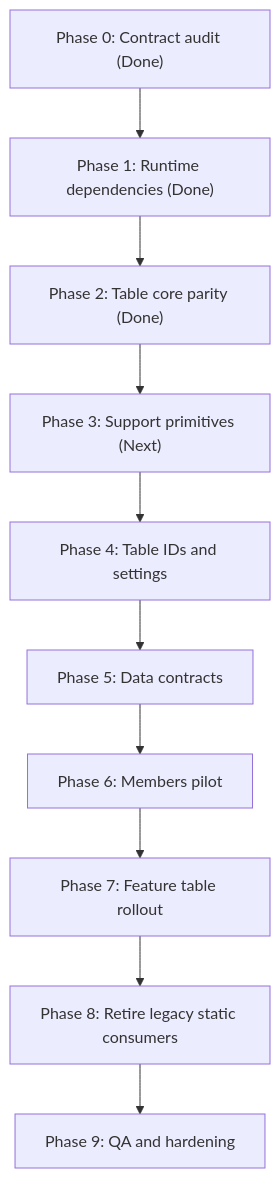
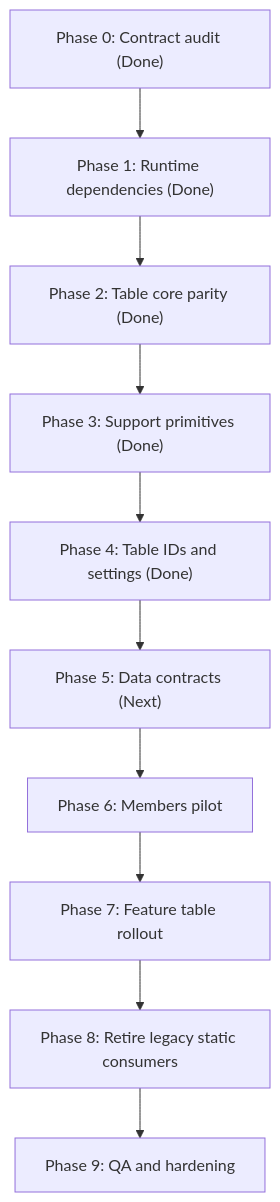
Before and after one commit to ishaqyusuf/halaal-coperative: the diagram in brain/plans/2026-06-30-feature-midday-dashboard-table-core-parity.md, drawn with Mermaid. The commit also changed other lines of this file and 82 other files, not shown here.

Commit message:
Refactor cooperative app flows and data handling

````diff
--- a/brain/plans/2026-06-30-feature-midday-dashboard-table-core-parity.md
+++ b/brain/plans/2026-06-30-feature-midday-dashboard-table-core-parity.md
@@ -44,12 +46,12 @@
 ```mermaid
 flowchart TD
   P0["Phase 0: Contract audit (Done)"] --> P1["Phase 1: Runtime dependencies (Done)"]
   P1 --> P2["Phase 2: Table core parity (Done)"]
-  P2 --> P3["Phase 3: Support primitives (Next)"]
-  P3 --> P4["Phase 4: Table IDs and settings"]
-  P4 --> P5["Phase 5: Data contracts"]
+  P2 --> P3["Phase 3: Support primitives (Done)"]
+  P3 --> P4["Phase 4: Table IDs and settings (Done)"]
+  P4 --> P5["Phase 5: Data contracts (Next)"]
   P5 --> P6["Phase 6: Members pilot"]
   P6 --> P7["Phase 7: Feature table rollout"]
   P7 --> P8["Phase 8: Retire legacy static consumers"]
   P8 --> P9["Phase 9: QA and hardening"]
 ```
````
